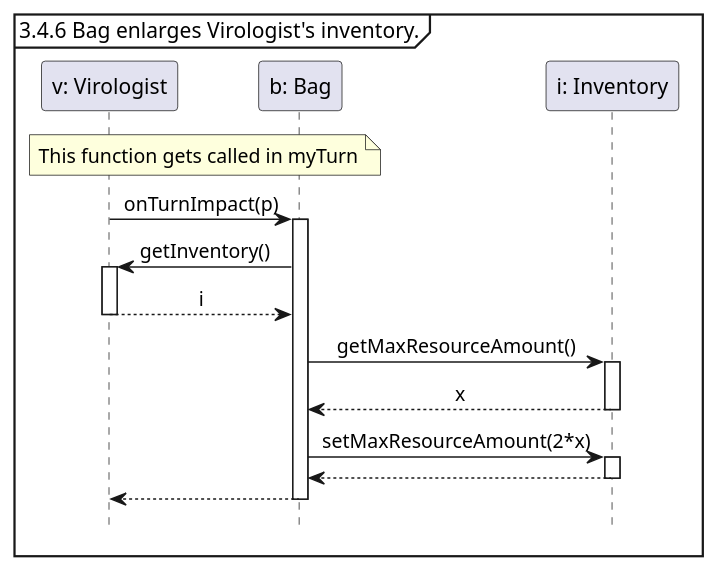
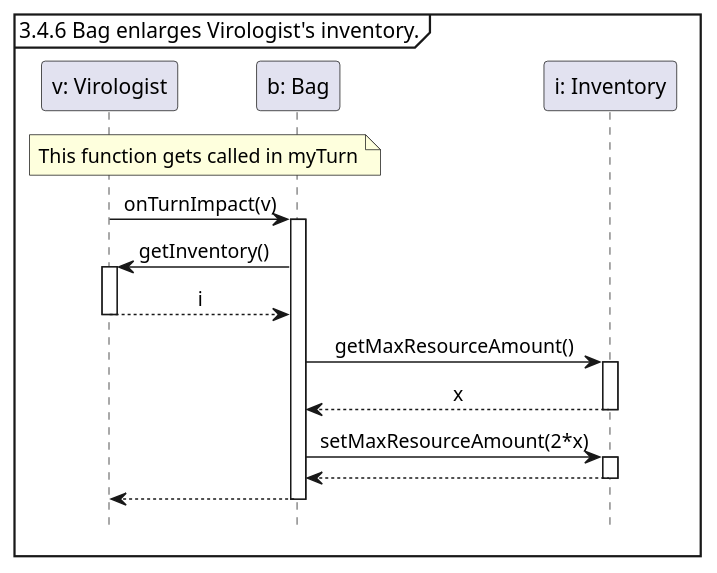
The diagram in docs/seqDiagrams/05bagOnTurnImpact.puml (Tschonti/503-service-unavailable), drawn with PlantUML before and after one commit. The commit also changed 4 other files, not shown here.

```diff
--- a/docs/seqDiagrams/05bagOnTurnImpact.puml
+++ b/docs/seqDiagrams/05bagOnTurnImpact.puml
@@ -1,21 +1,21 @@
 @startuml
 'https://plantuml.com/sequence-diagram
 hide footbox
 skinparam sequenceMessageAlign center
 
 mainframe 3.4.6 Bag enlarges Virologist's inventory.
 
 participant "v: Virologist" as v
 participant "b: Bag" as b
 participant "i: Inventory" as i
 
 note over v, b : This function gets called in myTurn
-v -> b ++ : onTurnImpact(p)
+v -> b ++ : onTurnImpact(v)
     b -> v ++ : getInventory()
     return i
     b -> i ++ : getMaxResourceAmount()
     return x
     b -> i ++ : setMaxResourceAmount(2*x)
     return
 return
 @enduml
```
